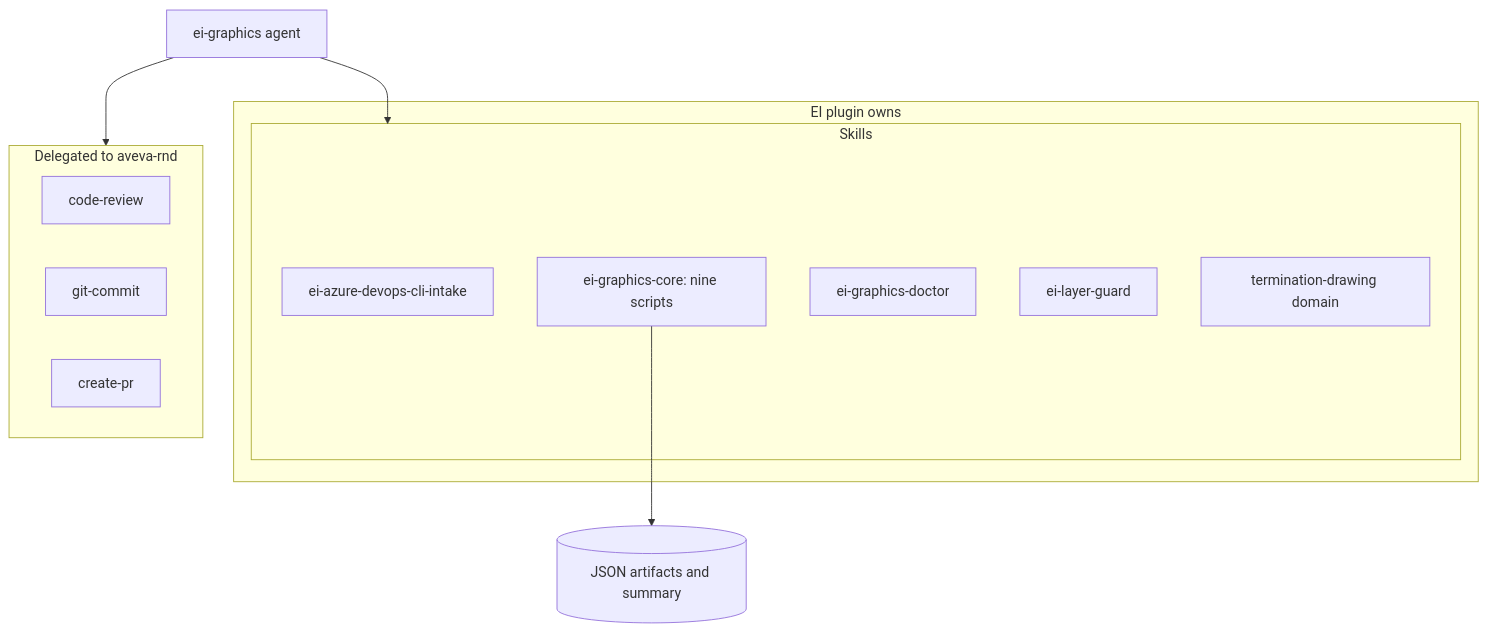
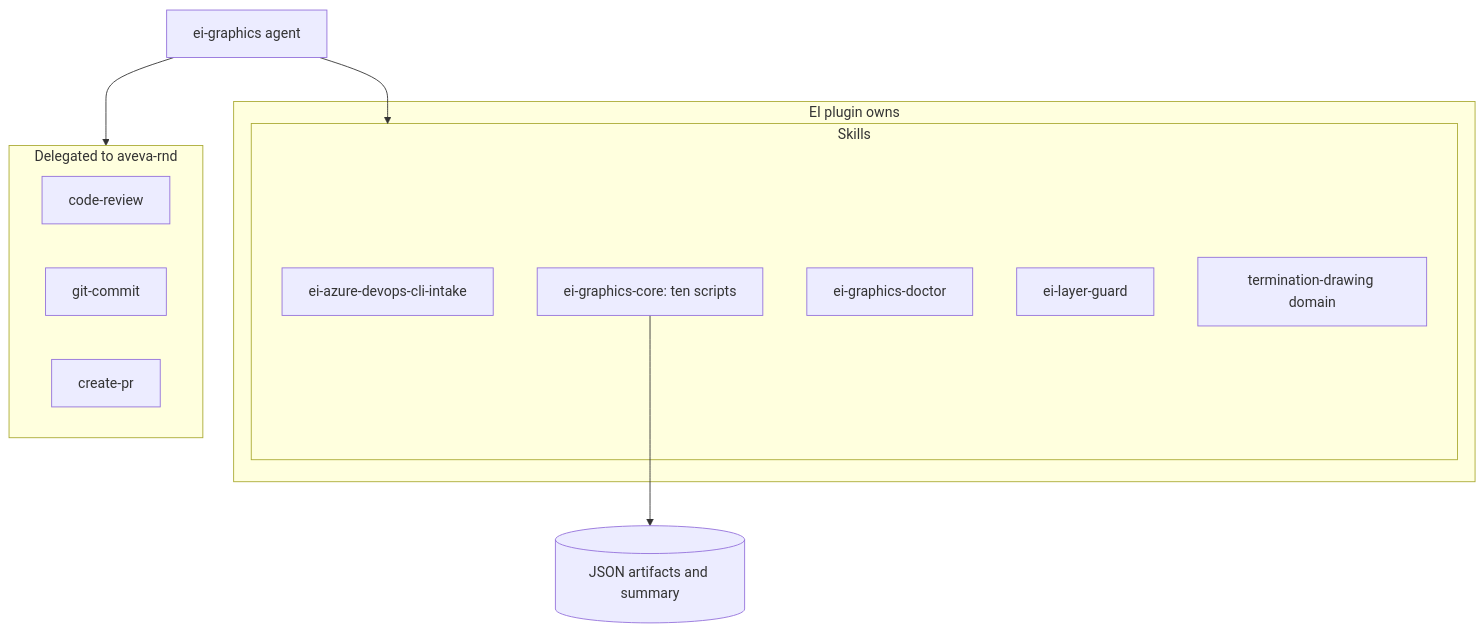
Before and after one commit to sidbhardwaj-aveva/ei-graphics-plugin: the diagram in docs/presentation/04-components.mmd, drawn with Mermaid. The commit also changed 5 other files, not shown here.

```diff
--- a/docs/presentation/04-components.mmd
+++ b/docs/presentation/04-components.mmd
@@ -1,22 +1,22 @@
 flowchart TB
     Agent["ei-graphics agent"]
 
     subgraph Owns["EI plugin owns"]
         subgraph SkillSet["Skills"]
             Intake["ei-azure-devops-cli-intake"]
-            Core["ei-graphics-core: nine scripts"]
+            Core["ei-graphics-core: ten scripts"]
             Doctor["ei-graphics-doctor"]
             Guard["ei-layer-guard"]
             Domain["termination-drawing domain"]
         end
     end
 
     subgraph Delegates["Delegated to aveva-rnd"]
         Review["code-review"]
         Commit["git-commit"]
         PR["create-pr"]
     end
 
     Agent --> SkillSet
     Agent --> Delegates
     Core --> Artifacts[("JSON artifacts and summary")]
```
